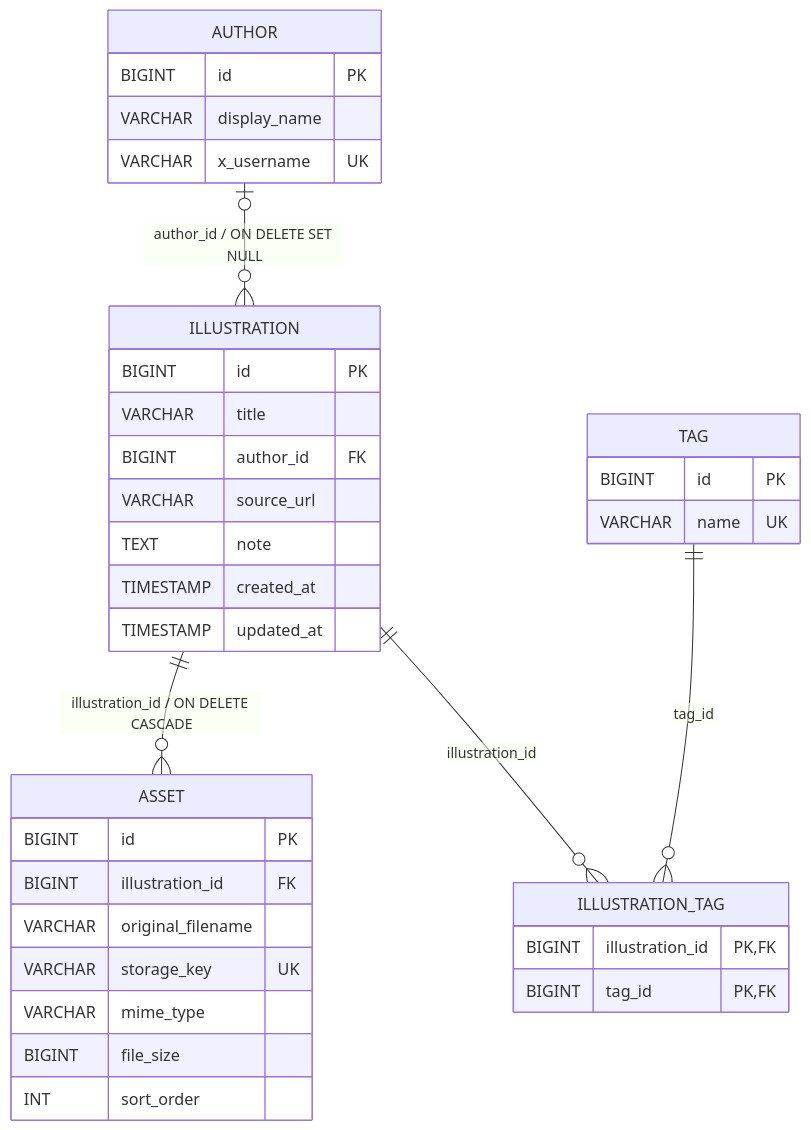
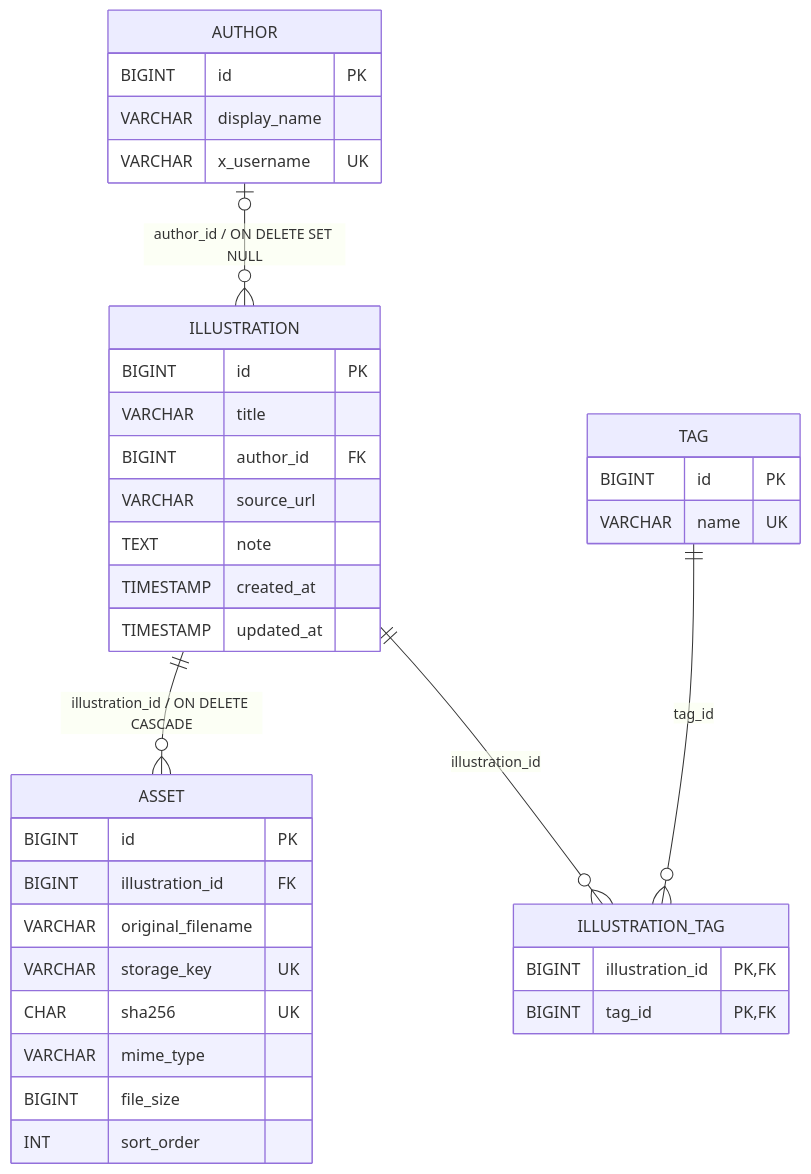
The second of 2 diagrams in README.md (yuutara/illustration-archive), drawn with Mermaid before and after one commit. The commit also changed other lines of this file and 4 other files, not shown here.

````diff
--- a/README.md
+++ b/README.md
@@ -71,39 +72,40 @@
 ```mermaid
 erDiagram
     AUTHOR o|--o{ ILLUSTRATION : "author_id / ON DELETE SET NULL"
     ILLUSTRATION ||--o{ ASSET : "illustration_id / ON DELETE CASCADE"
     ILLUSTRATION ||--o{ ILLUSTRATION_TAG : "illustration_id"
     TAG ||--o{ ILLUSTRATION_TAG : "tag_id"
 
     AUTHOR {
         BIGINT id PK
         VARCHAR display_name
         VARCHAR x_username UK
     }
     ILLUSTRATION {
         BIGINT id PK
         VARCHAR title
         BIGINT author_id FK
         VARCHAR source_url
         TEXT note
         TIMESTAMP created_at
         TIMESTAMP updated_at
     }
     ASSET {
         BIGINT id PK
         BIGINT illustration_id FK
         VARCHAR original_filename
         VARCHAR storage_key UK
+        CHAR sha256 UK
         VARCHAR mime_type
         BIGINT file_size
         INT sort_order
     }
     TAG {
         BIGINT id PK
         VARCHAR name UK
     }
     ILLUSTRATION_TAG {
         BIGINT illustration_id PK,FK
         BIGINT tag_id PK,FK
     }
 ```
````
